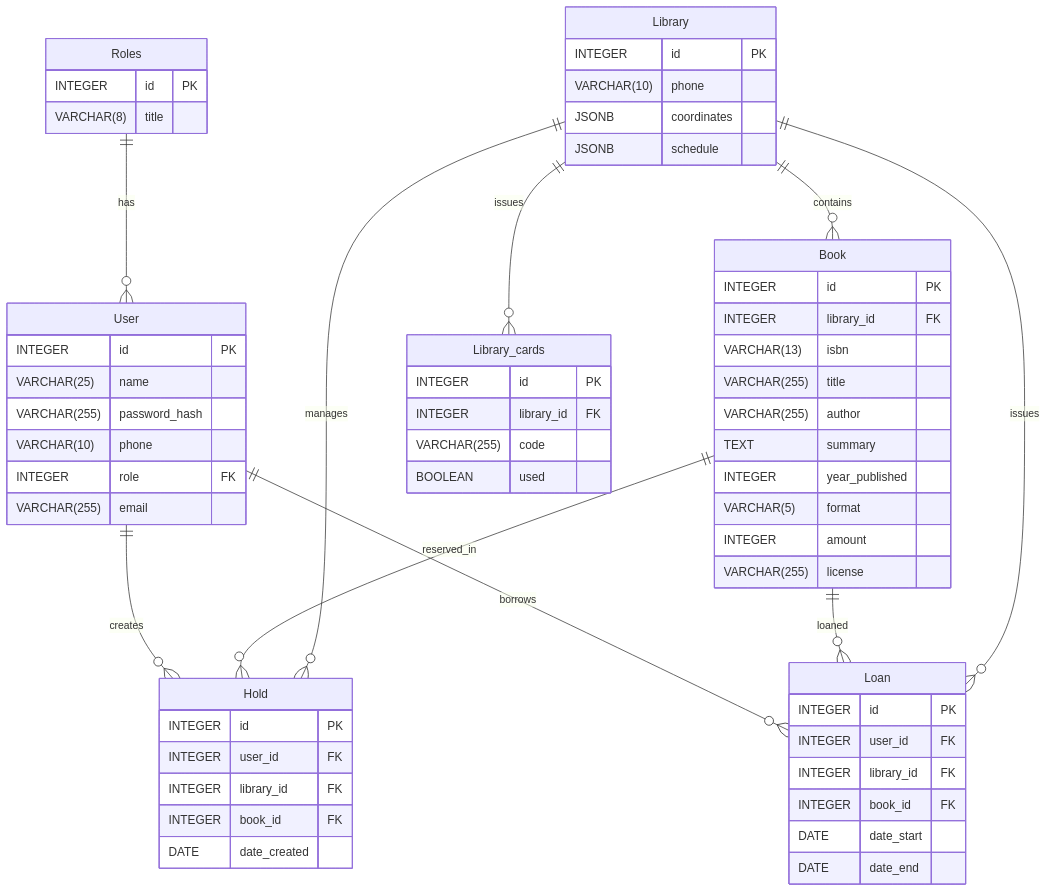
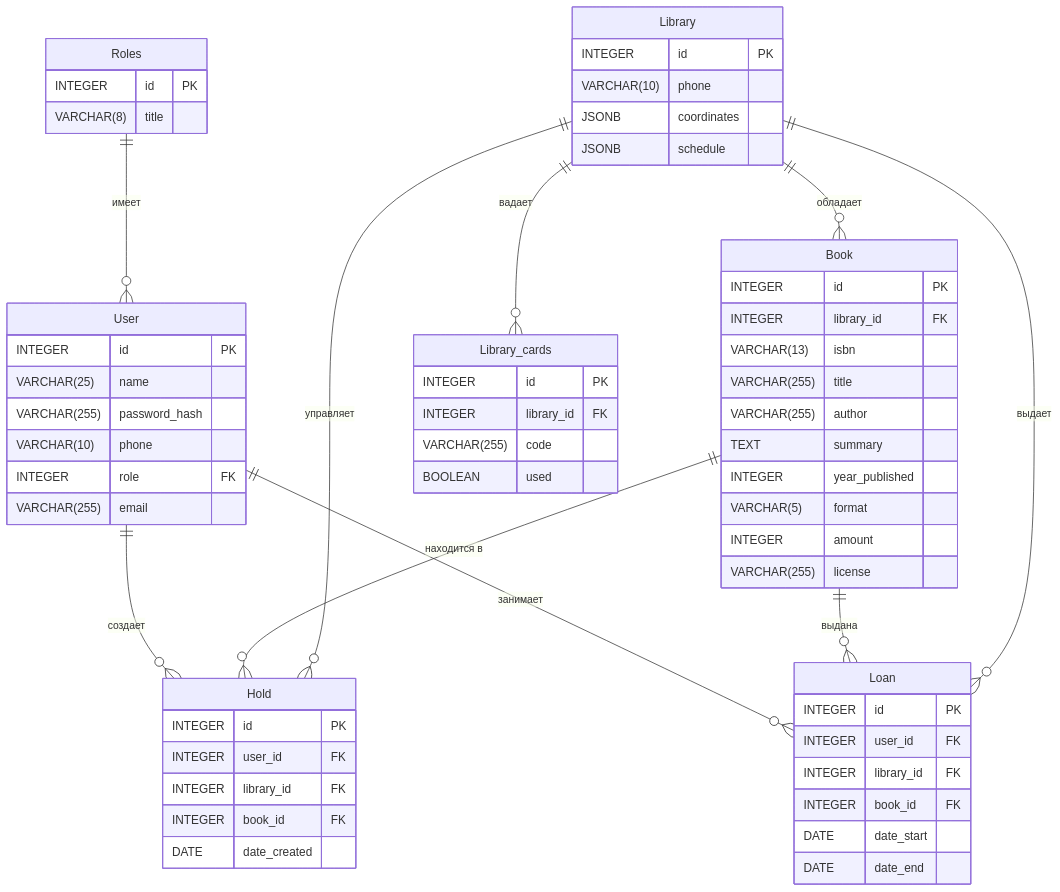
Before and after one commit to Sphi-p/HW_8: the diagram in erd.md, drawn with Mermaid. The commit also changed other lines of this file, not shown here.

````diff
--- a/erd.md
+++ b/erd.md
@@ -1,75 +3,75 @@
 ```mermaid
 erDiagram
 
     User {
         INTEGER id PK
         VARCHAR(25) name
         VARCHAR(255) password_hash
         VARCHAR(10) phone
         INTEGER role FK
         VARCHAR(255) email
     }
 
     Roles {
         INTEGER id PK
         VARCHAR(8) title
     }
 
     Library {
         INTEGER id PK
         VARCHAR(10) phone
         JSONB coordinates
         JSONB schedule
     }
 
     Book {
         INTEGER id PK
         INTEGER library_id FK
         VARCHAR(13) isbn
         VARCHAR(255) title
         VARCHAR(255) author
         TEXT summary
         INTEGER year_published
         VARCHAR(5) format
         INTEGER amount
         VARCHAR(255) license
     }
 
     Library_cards {
         INTEGER id PK
         INTEGER library_id FK
         VARCHAR(255) code
         BOOLEAN used
     }
 
     Hold {
         INTEGER id PK
         INTEGER user_id FK
         INTEGER library_id FK
         INTEGER book_id FK
         DATE date_created
     }
 
     Loan {
         INTEGER id PK
         INTEGER user_id FK
         INTEGER library_id FK
         INTEGER book_id FK
         DATE date_start
         DATE date_end
     }
 
-    Roles ||--o{ User : "has"
+    Roles ||--o{ User : "имеет"
 
-    Library ||--o{ Book : "contains"
+    Library ||--o{ Book : "обладает"
 
-    Library ||--o{ Library_cards : "issues"
+    Library ||--o{ Library_cards : "вадает"
 
-    User ||--o{ Hold : "creates"
-    Book ||--o{ Hold : "reserved_in"
-    Library ||--o{ Hold : "manages"
+    User ||--o{ Hold : "создает"
+    Book ||--o{ Hold : "находится в"
+    Library ||--o{ Hold : "управляет"
 
-    User ||--o{ Loan : "borrows"
-    Book ||--o{ Loan : "loaned"
-    Library ||--o{ Loan : "issues"
+    User ||--o{ Loan : "занимает"
+    Book ||--o{ Loan : "выдана"
+    Library ||--o{ Loan : "выдает"
 ```
````
